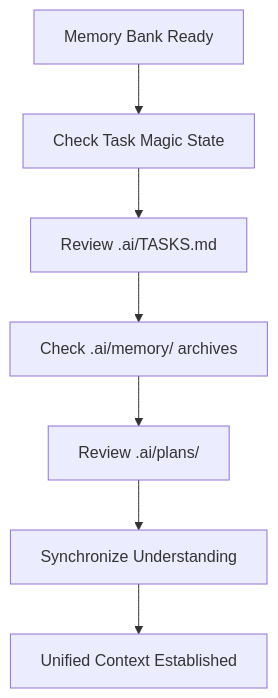
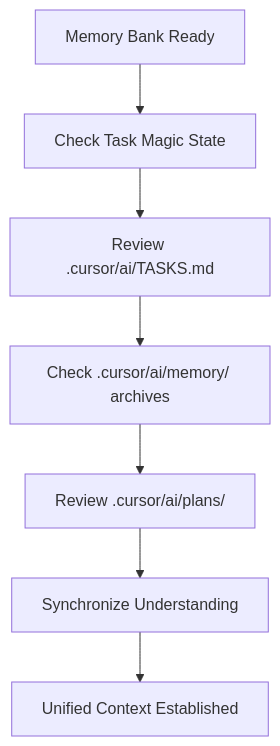
One commit to louisfghbvc/task-management-memory-system changed the fourth of 17 diagrams in .cursor/rules/unified-workflow.md. Above: the diagram before and after it, drawn with Mermaid. The commit also changed other lines of this file and 11 other files, not shown here.

````diff
--- a/.cursor/rules/unified-workflow.md
+++ b/.cursor/rules/unified-workflow.md
@@ -66,9 +96,9 @@
 ```mermaid
 flowchart TD
     MB_Ready[Memory Bank Ready] --> TM_Check[Check Task Magic State]
-    TM_Check --> ActiveTasks[Review .ai/TASKS.md]
-    ActiveTasks --> History[Check .ai/memory/ archives]
-    History --> Plans[Review .ai/plans/]
+    TM_Check --> ActiveTasks[Review .cursor/ai/TASKS.md]
+    ActiveTasks --> History[Check .cursor/ai/memory/ archives]
+    History --> Plans[Review .cursor/ai/plans/]
     Plans --> Sync[Synchronize Understanding]
     Sync --> Unified[Unified Context Established]
 ```
````
